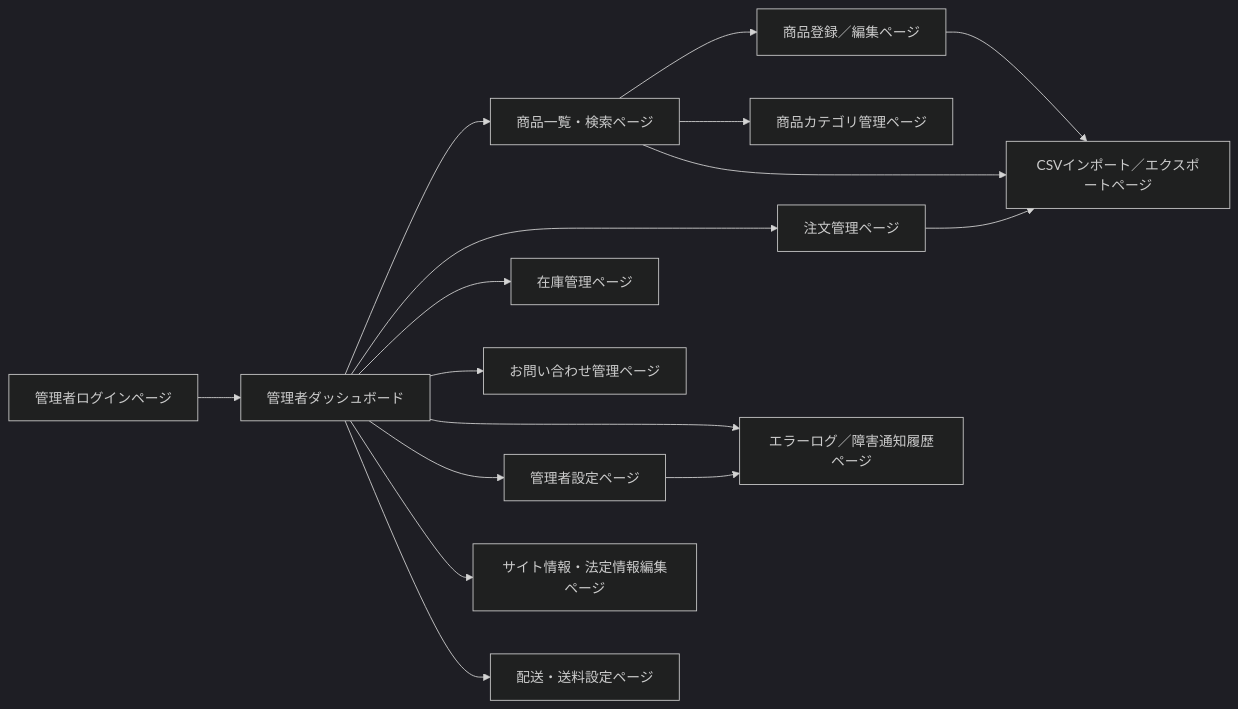
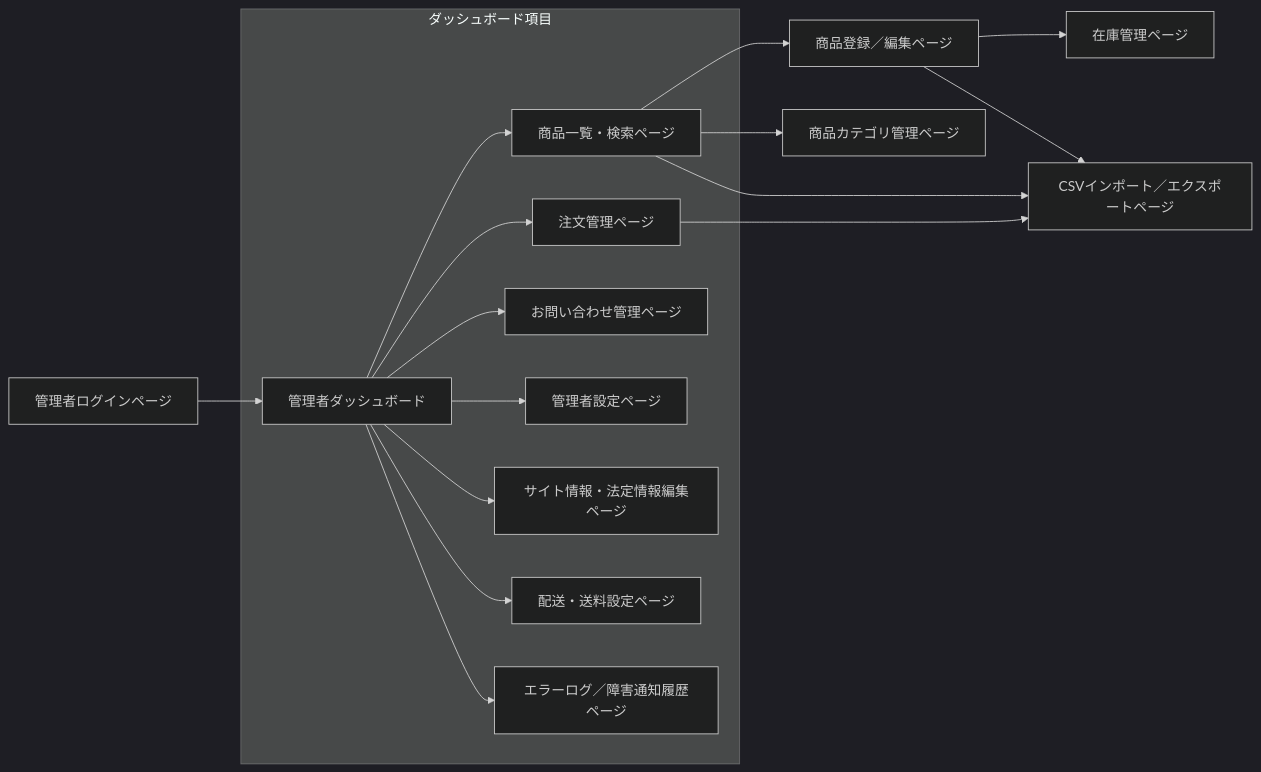
Before and after one commit to Aoi-Yaegashi/teamF: the diagram in 基本設計/画面遷移図/管理画面遷移図.md, drawn with Mermaid (dark theme).

Commit message:
管理者画面遷移変更

````diff
--- a/基本設計/画面遷移図/管理画面遷移図.md
+++ b/基本設計/画面遷移図/管理画面遷移図.md
@@ -1,34 +1,35 @@
 ```mermaid
 graph LR
 
 %% ログイン
 A01[管理者ログインページ] --> A02[管理者ダッシュボード]
 
+subgraph ダッシュボード項目
 %% ダッシュボードからの遷移
 A02 --> A03[商品一覧・検索ページ]
 A02 --> A06[注文管理ページ]
-A02 --> A07[在庫管理ページ]
 A02 --> A11[お問い合わせ管理ページ]
+A02 --> A12[管理者設定ページ]
+
+%%% サイト・法定情報関連
+A02 --> A09[サイト情報・法定情報編集ページ]
+
+%%% 配送設定
+A02 --> A08[配送・送料設定ページ]
+
+%%% 管理者設定など
 A02 --> A13[エラーログ／障害通知履歴ページ]
-A02 --> A12[管理者設定ページ]
+end
 
 %% 商品関連
 A03 --> A04[商品登録／編集ページ]
+A04 --> A07[在庫管理ページ]
 A03 --> A05[商品カテゴリ管理ページ]
 A03 --> A10[CSVインポート／エクスポートページ]
 
 %% 注文管理
 A06 --> A10
 
-%% サイト・法定情報関連
-A02 --> A09[サイト情報・法定情報編集ページ]
-
-%% 配送設定
-A02 --> A08[配送・送料設定ページ]
-
 %% CSV関連（商品/注文から遷移可能）
 A04 --> A10
-
-%% 管理者設定など
-A12 --> A13
 ```
````
